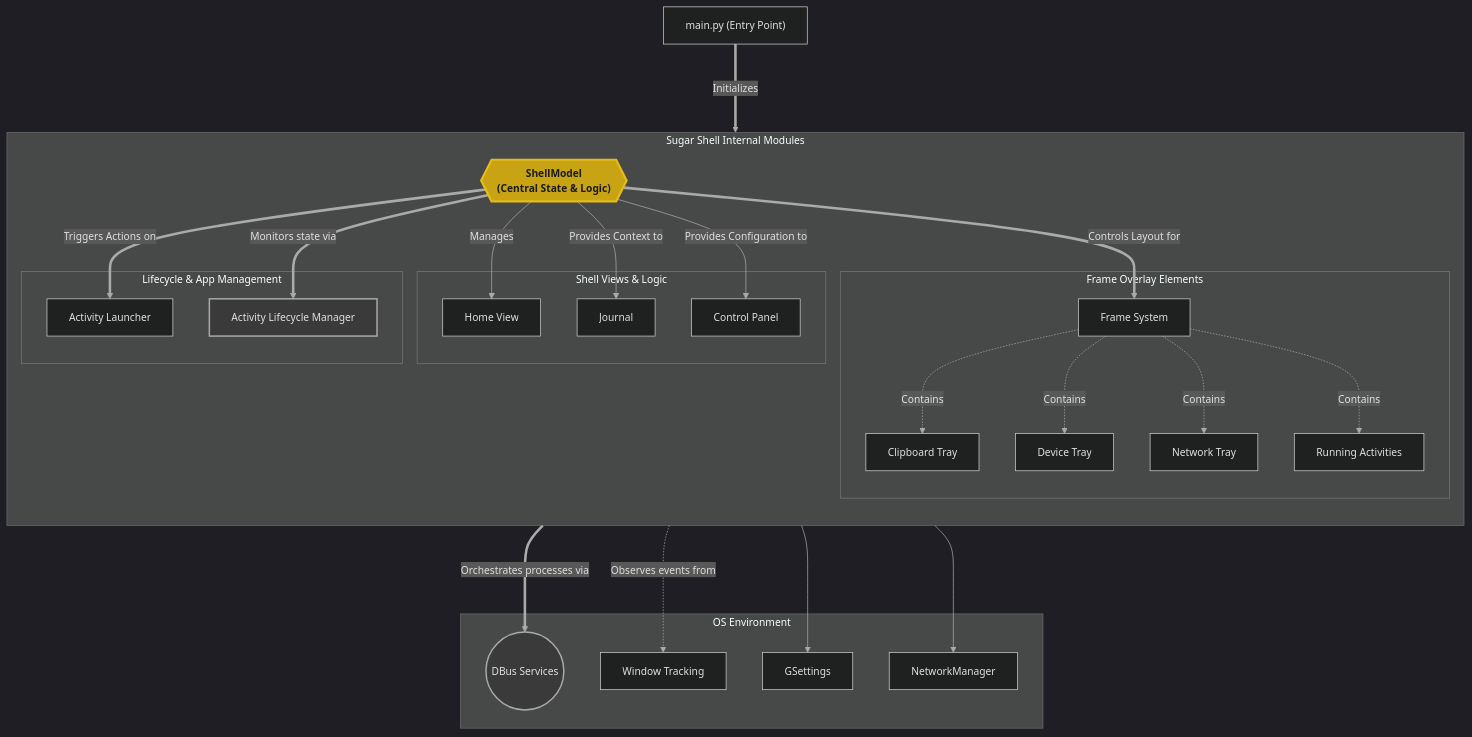
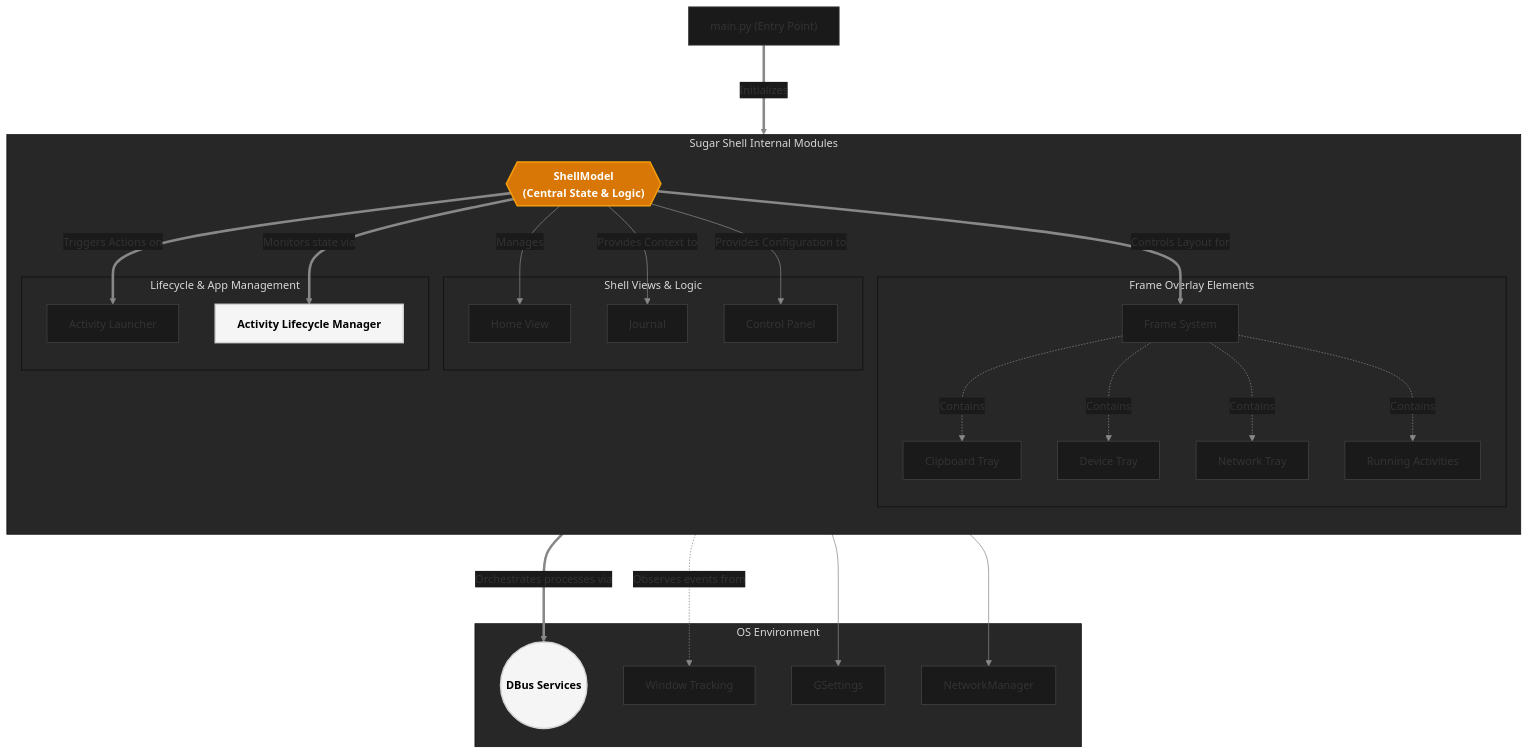
The fourth of 9 diagrams in proposal.md (Dev10-sys/sugar-proposal-gtk), drawn with Mermaid before and after one commit. The commit also changed other lines of this file, not shown here.

Commit message:
Refine diagrams: dark black background, clean white/black high contrast elements, vibrant amber accent, engineer-level architectural styling

````diff
--- a/proposal.md
+++ b/proposal.md
@@ -286,56 +286,56 @@
 ```mermaid
-%%{init: {'theme': 'dark', 'themeVariables': {'primaryColor': '#2a2a2a', 'primaryBorderColor': '#888', 'lineColor': '#aaa', 'textColor': '#e0e0e0', 'fontSize': '14px'}}}%%
+%%{init: {'theme': 'base', 'themeVariables': {'background': '#0a0a0a', 'primaryColor': '#1a1a1a', 'primaryBorderColor': '#444444', 'lineColor': '#888888', 'textColor': '#ffffff', 'fontSize': '15px'}}}%%
 flowchart TD
     Main["main.py (Entry Point)"]
 
     subgraph Core ["Sugar Shell Internal Modules"]
         direction TB
         ShellModel{{"ShellModel\n(Central State & Logic)"}}
 
         subgraph Views ["Shell Views & Logic"]
             Home["Home View"]
             Journal["Journal"]
             ControlPanel["Control Panel"]
         end
 
         subgraph FrameSystem ["Frame Overlay Elements"]
             Frame["Frame System"]
             Clipboard["Clipboard Tray"]
             Devices["Device Tray"]
             Friends["Network Tray"]
             ActivitiesTray["Running Activities"]
         end
 
         subgraph Mngmt ["Lifecycle & App Management"]
             Launcher["Activity Launcher"]
             ActivityManager["Activity Lifecycle Manager"]
         end
     end
 
     subgraph Env ["OS Environment"]
         DBus(("DBus Services"))
         WindowManager["Window Tracking"]
         GSettings["GSettings"]
         NetworkManager["NetworkManager"]
     end
 
     Main ===>|Initializes| ShellModel
     ShellModel -->|Manages| Home
     ShellModel -->|Provides Context to| Journal
     ShellModel -->|Provides Configuration to| ControlPanel
     ShellModel ==>|Controls Layout for| Frame
     Frame -.->|Contains| Clipboard
     Frame -.->|Contains| Devices
     Frame -.->|Contains| Friends
     Frame -.->|Contains| ActivitiesTray
     ShellModel ==>|Triggers Actions on| Launcher
     ShellModel ==>|Monitors state via| ActivityManager
     ActivityManager ===>|Orchestrates processes via| DBus
     ActivityManager -.->|Observes events from| WindowManager
     ShellModel --> GSettings
     ShellModel --> NetworkManager
 
-    style ShellModel fill:#c8a415,stroke:#e6bc1a,stroke-width:3px,color:#1a1a1a,font-weight:bold
-    style ActivityManager fill:#3a3a3a,stroke:#aaa,stroke-width:2px,color:#e0e0e0
-    style DBus fill:#3a3a3a,stroke:#aaa,stroke-width:2px,color:#e0e0e0
+    style ShellModel fill:#d97706,stroke:#f59e0b,stroke-width:2px,color:#ffffff,font-weight:bold
+    style ActivityManager fill:#f5f5f5,stroke:#d4d4d8,stroke-width:2px,color:#000000,font-weight:bold
+    style DBus fill:#f5f5f5,stroke:#d4d4d8,stroke-width:2px,color:#000000,font-weight:bold
 ```
````
